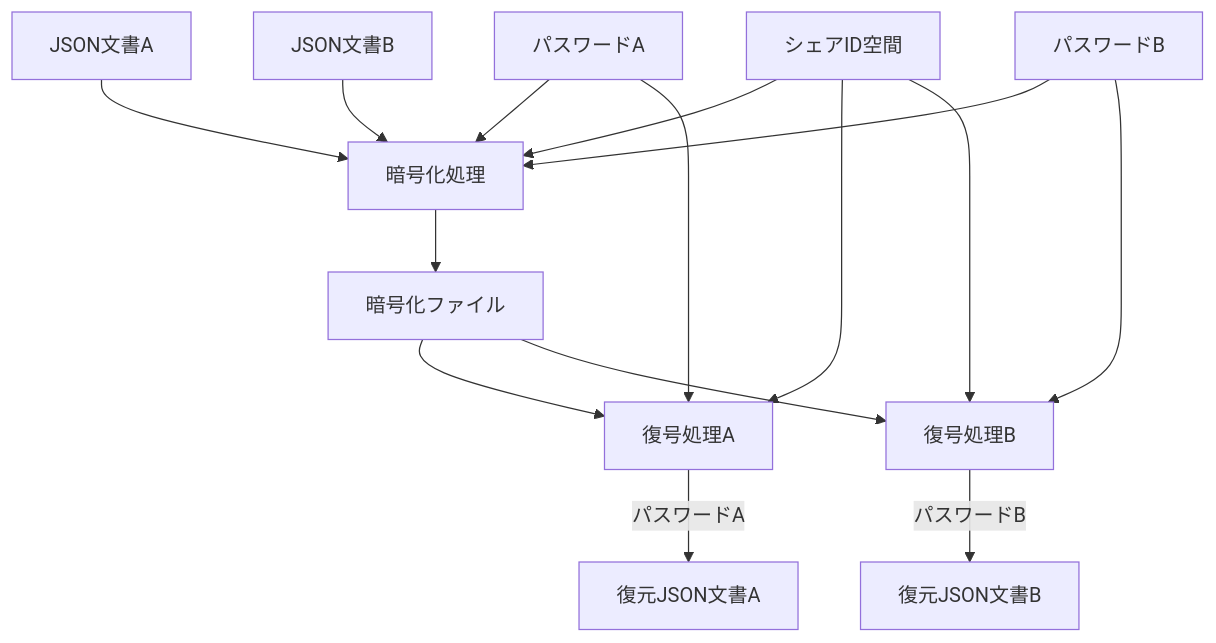
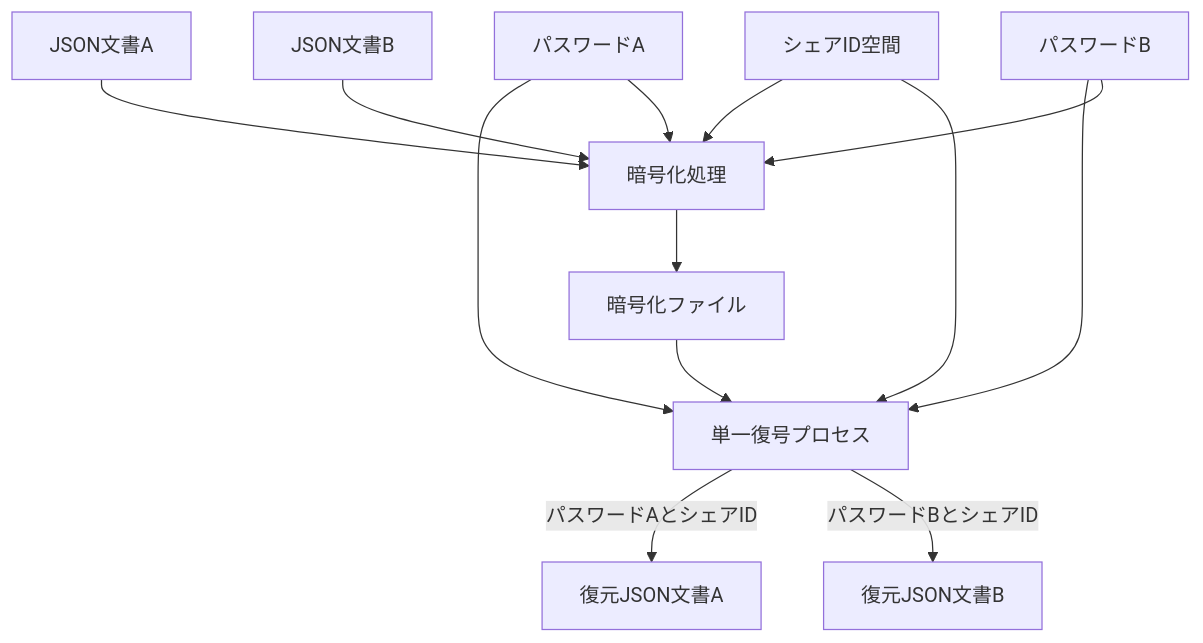
Before and after one commit to pacific-system/secret-sharing-demos-20250510: the first of 3 diagrams in docs/method_11_rabbit_homomorphic_docs/shamir_multiple_plaintext_design_20240520.md, drawn with Mermaid. The commit also changed other lines of this file, not shown here.

````diff
--- a/docs/method_11_rabbit_homomorphic_docs/shamir_multiple_plaintext_design_20240520.md
+++ b/docs/method_11_rabbit_homomorphic_docs/shamir_multiple_plaintext_design_20240520.md
@@ -24,17 +24,15 @@
 ```mermaid
 graph TD
     A[JSON文書A] --> C[暗号化処理]
     B[JSON文書B] --> C
     C --> D[暗号化ファイル]
-    D --> E[復号処理A]
-    D --> F[復号処理B]
-    E -- パスワードA --> G[復元JSON文書A]
-    F -- パスワードB --> H[復元JSON文書B]
+    D --> E[単一復号プロセス]
+    J[パスワードA] --> E
+    K[パスワードB] --> E
     I[シェアID空間] --> C
-    J[パスワードA] --> C
-    K[パスワードB] --> C
-    J --> E
-    K --> F
     I --> E
-    I --> F
+    E -- パスワードAとシェアID --> G[復元JSON文書A]
+    E -- パスワードBとシェアID --> H[復元JSON文書B]
+    J --> C
+    K --> C
 ```
````
